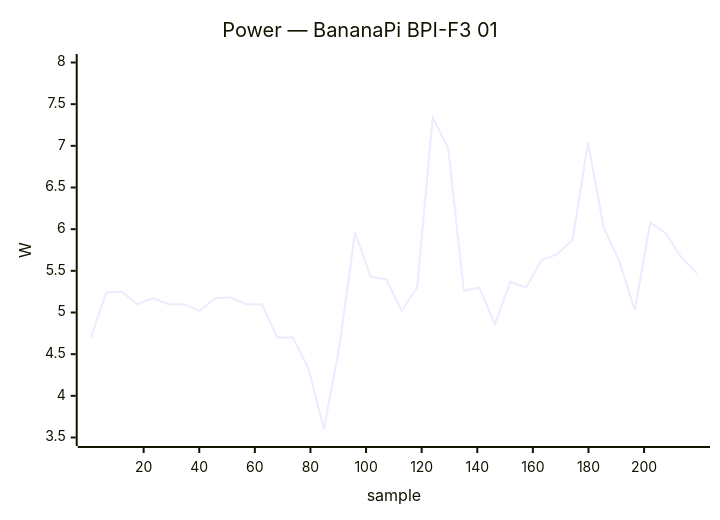
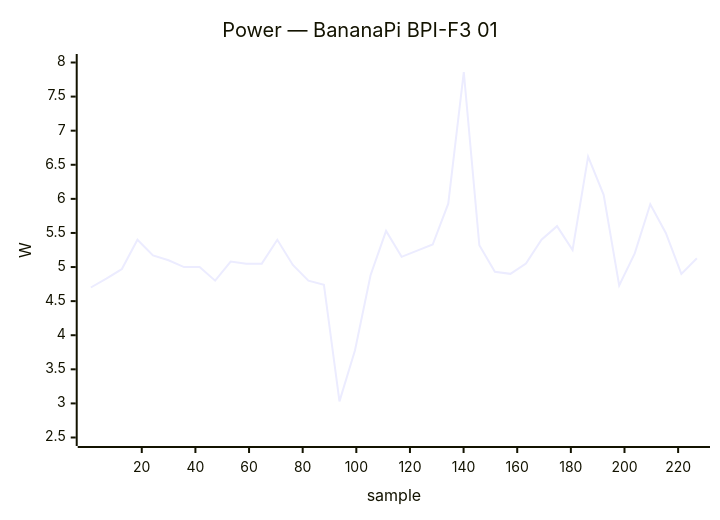
One commit to armbian/documentation changed the first of 39 diagrams in docs/status/board-tests.md. Above: the diagram before and after it, drawn with Mermaid. The commit also changed other lines of this file, not shown here.

````diff
--- a/docs/status/board-tests.md
+++ b/docs/status/board-tests.md
@@ -35,7 +35,7 @@
 ```mermaid
 xychart-beta
     title "Power — BananaPi BPI-F3 01"
-    x-axis "sample" 1 --> 219
-    y-axis "W" 3.5 --> 8.0
-    line [4.70, 5.24, 5.25, 5.10, 5.17, 5.10, 5.10, 5.02, 5.17, 5.18, 5.10, 5.10, 4.70, 4.70, 4.33, 3.60, 4.60, 5.96, 5.43, 5.40, 5.02, 5.30, 7.34, 6.97, 5.26, 5.30, 4.86, 5.37, 5.30, 5.63, 5.70, 5.87, 7.04, 6.02, 5.62, 5.03, 6.08, 5.95, 5.66, 5.47]
+    x-axis "sample" 1 --> 227
+    y-axis "W" 2.5 --> 8.0
+    line [4.70, 4.83, 4.97, 5.40, 5.17, 5.10, 5.00, 5.00, 4.80, 5.08, 5.05, 5.05, 5.40, 5.03, 4.80, 4.74, 3.03, 3.78, 4.88, 5.53, 5.15, 5.24, 5.33, 5.93, 7.86, 5.32, 4.93, 4.90, 5.05, 5.40, 5.60, 5.25, 6.62, 6.06, 4.73, 5.20, 5.92, 5.50, 4.90, 5.13]
 ```
````
